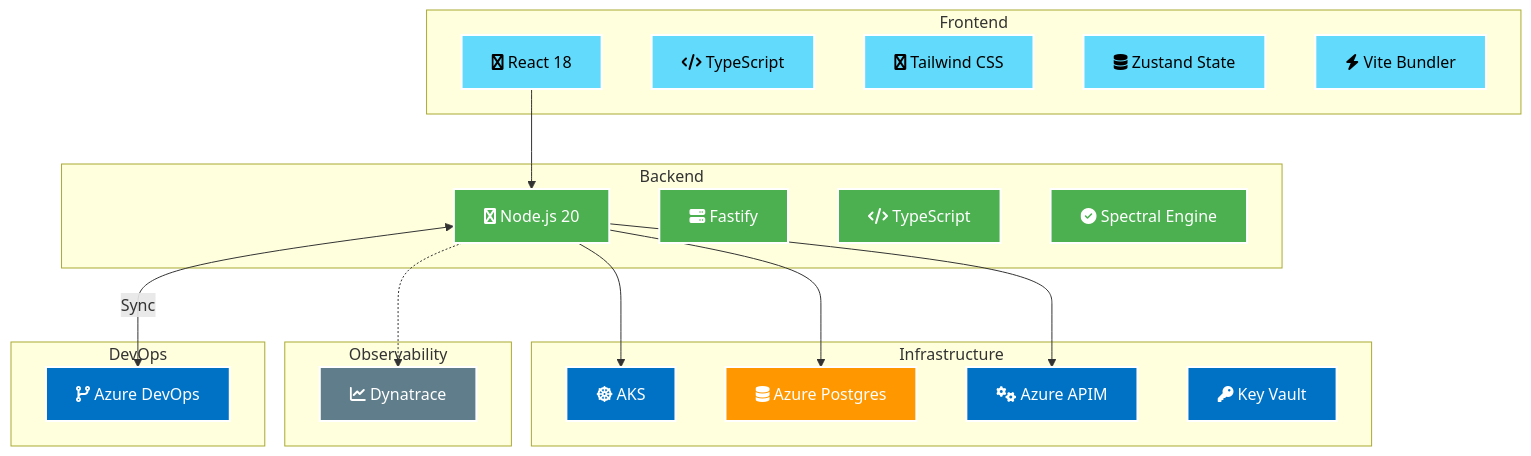
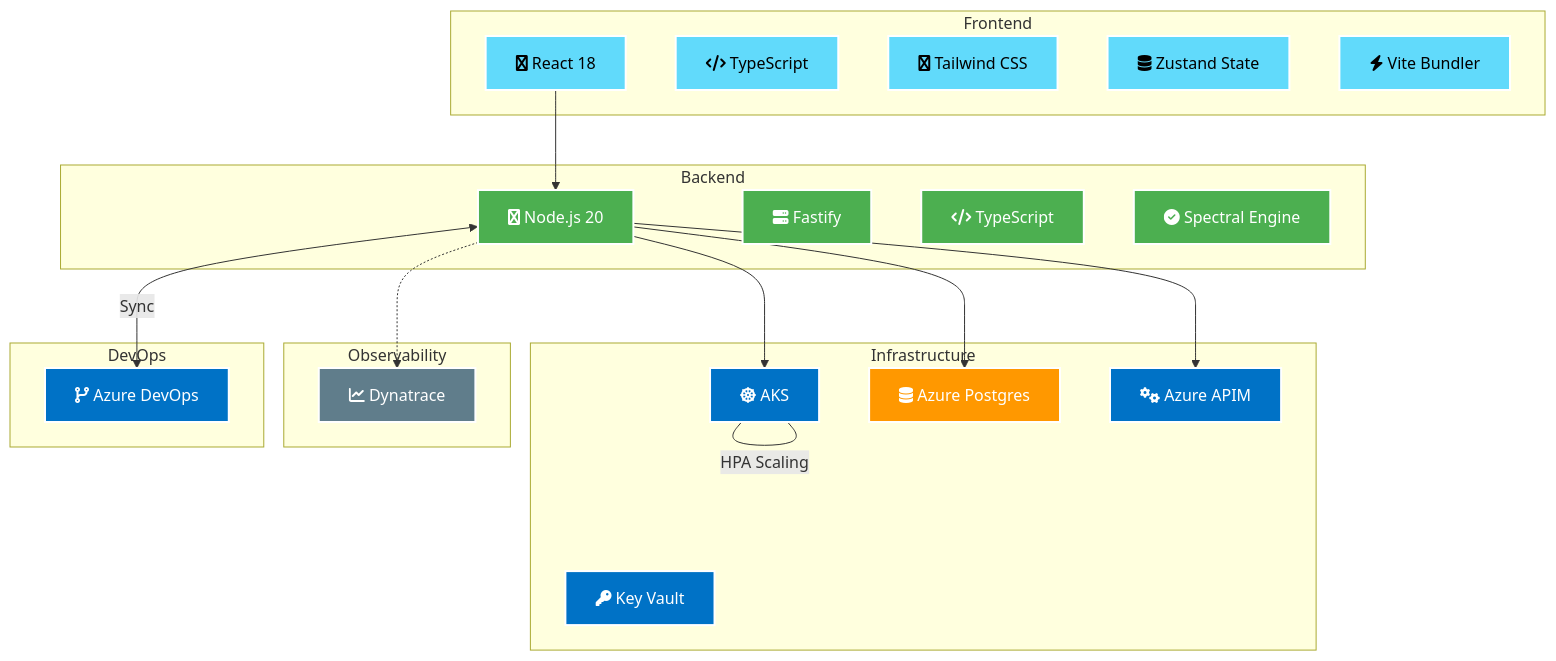
The first of 7 diagrams in docs/architecture_diagrams.md (alagusundarams/swagger-scorer), drawn with Mermaid before and after one commit. The commit also changed other lines of this file and 9 other files, not shown here.

Commit message:
docs: comprehensive architecture, etl, and identity sync documentation

````diff
--- a/docs/architecture_diagrams.md
+++ b/docs/architecture_diagrams.md
@@ -10,42 +10,43 @@
 ```mermaid
 graph TD
     %% Styles
     classDef azure fill:#0072C6,stroke:#fff,stroke-width:2px,color:#fff;
     classDef compute fill:#4caf50,stroke:#fff,stroke-width:2px,color:#fff;
     classDef db fill:#ff9800,stroke:#fff,stroke-width:2px,color:#fff;
     classDef ext fill:#607d8b,stroke:#fff,stroke-width:2px,color:#fff;
     classDef react fill:#61dafb,stroke:#fff,stroke-width:2px,color:#000;
 
     subgraph Frontend
         React["fa:fa-react React 18"]:::react
         TS_FE["fa:fa-code TypeScript"]:::react
         Tailwind["fa:fa-css3 Tailwind CSS"]:::react
         Zustand["fa:fa-database Zustand State"]:::react
         Vite["fa:fa-bolt Vite Bundler"]:::react
     end
     subgraph Backend
         NodeJS["fa:fa-node Node.js 20"]:::compute
         Fastify["fa:fa-server Fastify"]:::compute
         TS_BE["fa:fa-code TypeScript"]:::compute
         Spectral["fa:fa-check-circle Spectral Engine"]:::compute
     end
     subgraph Infrastructure
         AKS["fa:fa-dharmachakra AKS"]:::azure
         Postgres["fa:fa-database Azure Postgres"]:::db
         APIM["fa:fa-cogs Azure APIM"]:::azure
         KV["fa:fa-key Key Vault"]:::azure
     end
     subgraph Observability
         Dynatrace["fa:fa-chart-line Dynatrace"]:::ext
     end
     subgraph DevOps
         ADO["fa:fa-code-branch Azure DevOps"]:::azure
     end
 
     React --> NodeJS
     NodeJS --> AKS
+    AKS ---|HPA Scaling| AKS
     NodeJS --> Postgres
     NodeJS --> APIM
     NodeJS -.-> Dynatrace
     NodeJS <-->|Sync| ADO
 ```
````
